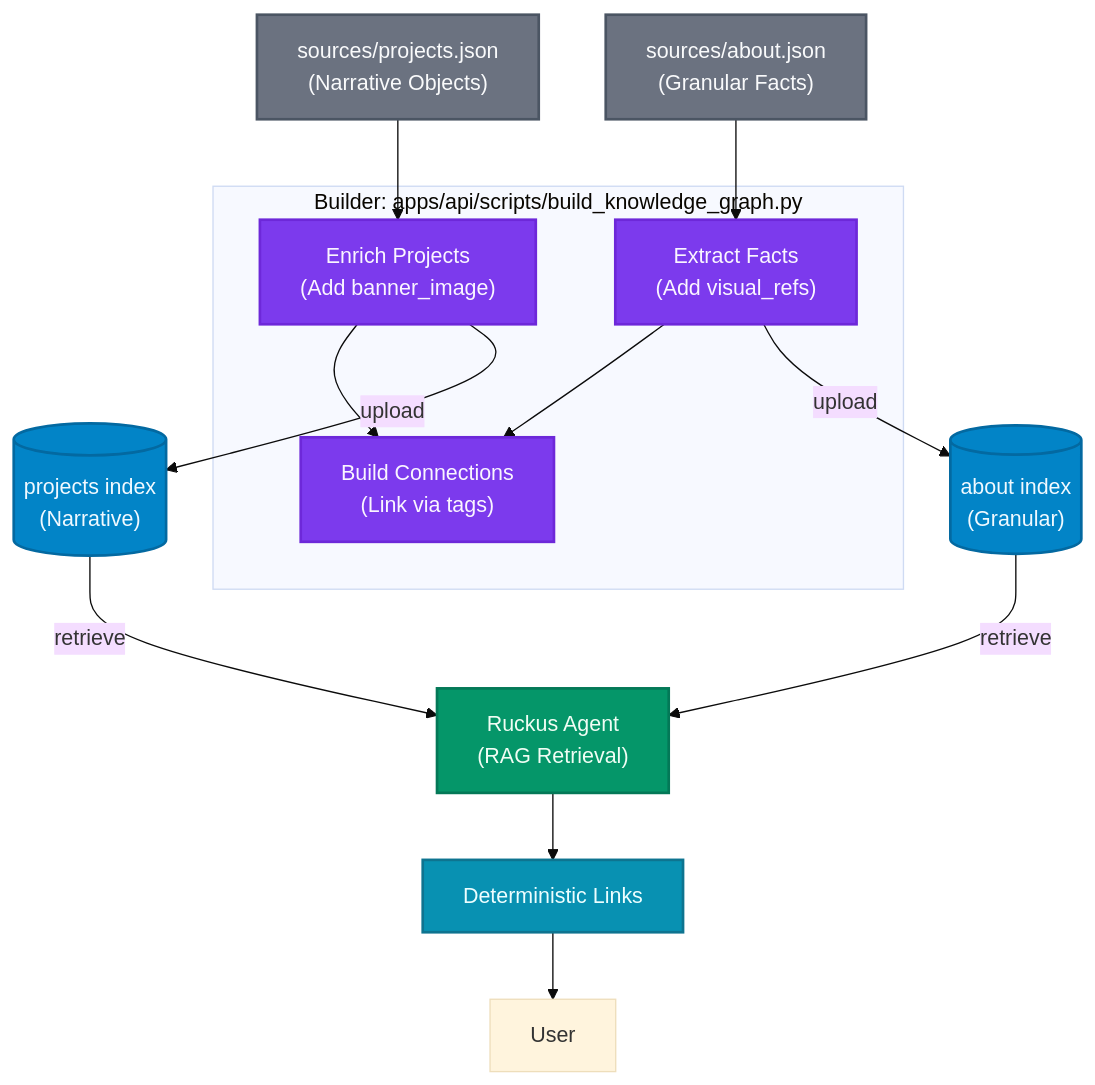
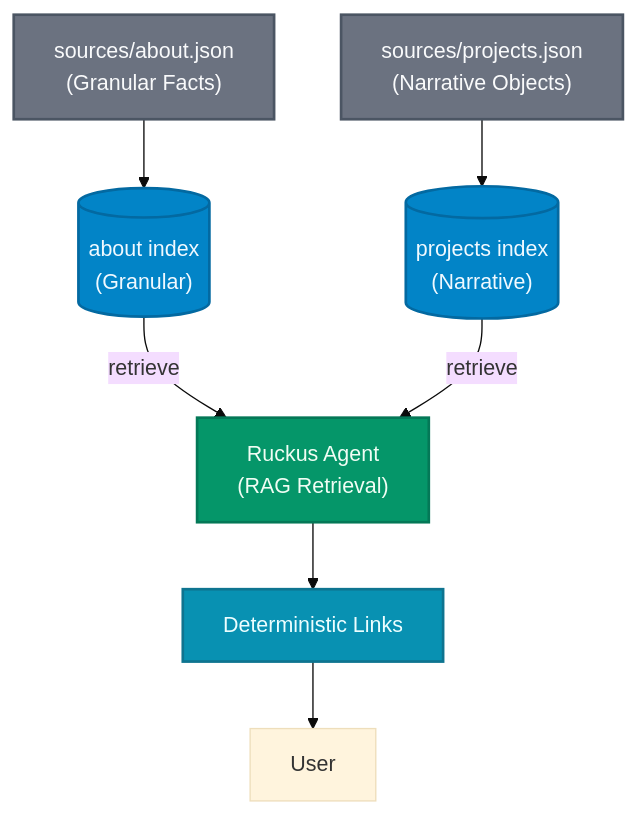
The diagram in apps/api/algolia/diagrams/system-flow.md (anchildress1/system-notes), drawn with Mermaid (base theme) before and after one commit. The commit also changed 10 other files, not shown here.

````diff
--- a/apps/api/algolia/diagrams/system-flow.md
+++ b/apps/api/algolia/diagrams/system-flow.md
@@ -5,49 +5,36 @@
 ```mermaid
 graph TB
     accTitle: Algolia System Data Flow
     accDescr: Data flow showing how the Python script enriches JSON data with graph context before indexing
 
     %% Data sources
     AboutJSON["sources/about.json<br/>(Granular Facts)"]:::source
     ProjectsJSON["sources/projects.json<br/>(Narrative Objects)"]:::source
-
-    %% The Builder
-    subgraph "Builder: apps/api/scripts/build_knowledge_graph.py"
-        EnrichProjects["Enrich Projects<br/>(Add banner_image)"]:::process
-        FactExtract["Extract Facts<br/>(Add visual_refs)"]:::process
-        GraphBuild["Build Connections<br/>(Link via tags)"]:::process
-    end
 
     %% Algolia indices
     AboutIndex[("about index<br/>(Granular)")]:::index
     ProjectsIndex[("projects index<br/>(Narrative)")]:::index
 
     %% Retrieval
     Ruckus["Ruckus Agent<br/>(RAG Retrieval)"]:::agent
 
     %% Link generation
     Links["Deterministic Links"]:::output
 
     %% Flow
-    ProjectsJSON --> EnrichProjects
-    AboutJSON --> FactExtract
-
-    EnrichProjects --> GraphBuild
-    FactExtract --> GraphBuild
-
-    EnrichProjects -->|upload| ProjectsIndex
-    FactExtract -->|upload| AboutIndex
+    ProjectsJSON --> ProjectsIndex
+    AboutJSON --> AboutIndex
 
     AboutIndex -->|retrieve| Ruckus
     ProjectsIndex -->|retrieve| Ruckus
 
     Ruckus --> Links
     Links --> User
 
     %% Styles
     classDef source fill:#6b7280,stroke:#4b5563,stroke-width:2px,color:#f9fafb
     classDef process fill:#7c3aed,stroke:#6d28d9,stroke-width:2px,color:#faf5ff
     classDef index fill:#0284c7,stroke:#0369a1,stroke-width:2px,color:#f0f9ff
     classDef agent fill:#059669,stroke:#047857,stroke-width:2px,color:#f0fdf4
     classDef output fill:#0891b2,stroke:#0e7490,stroke-width:2px,color:#ecfeff
 ```
````
